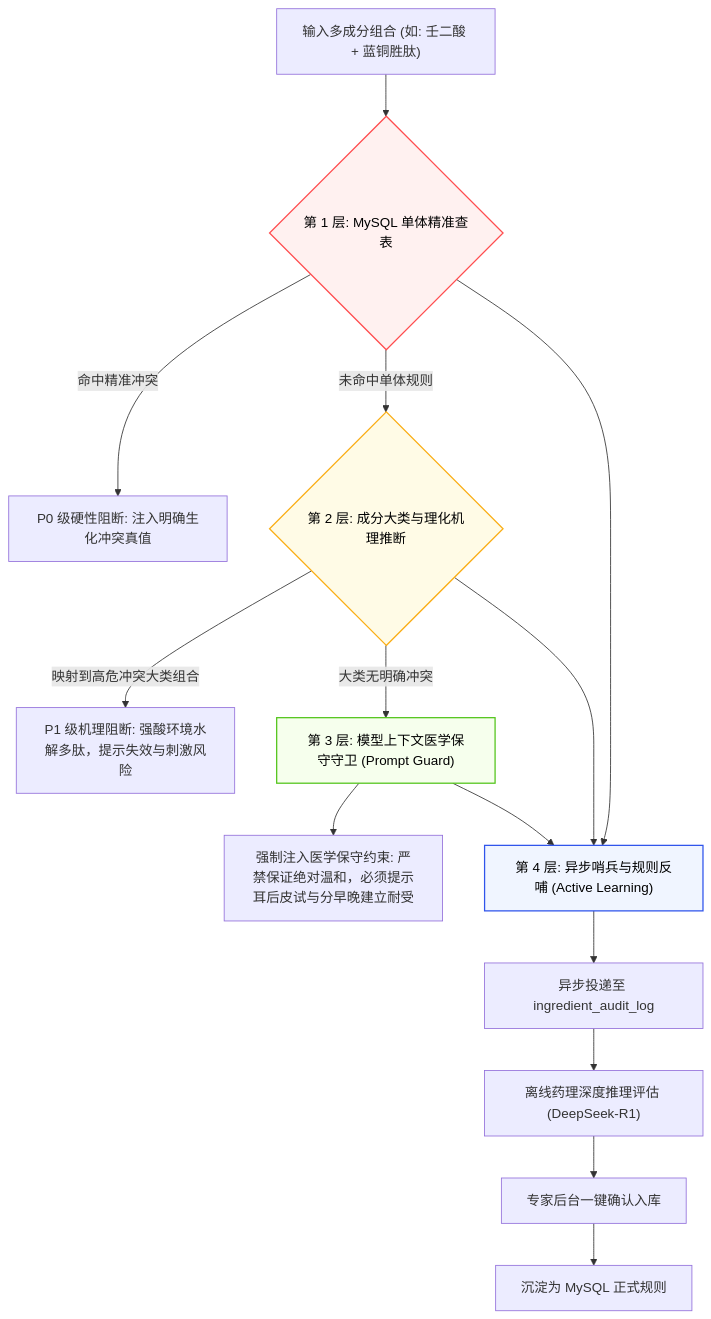
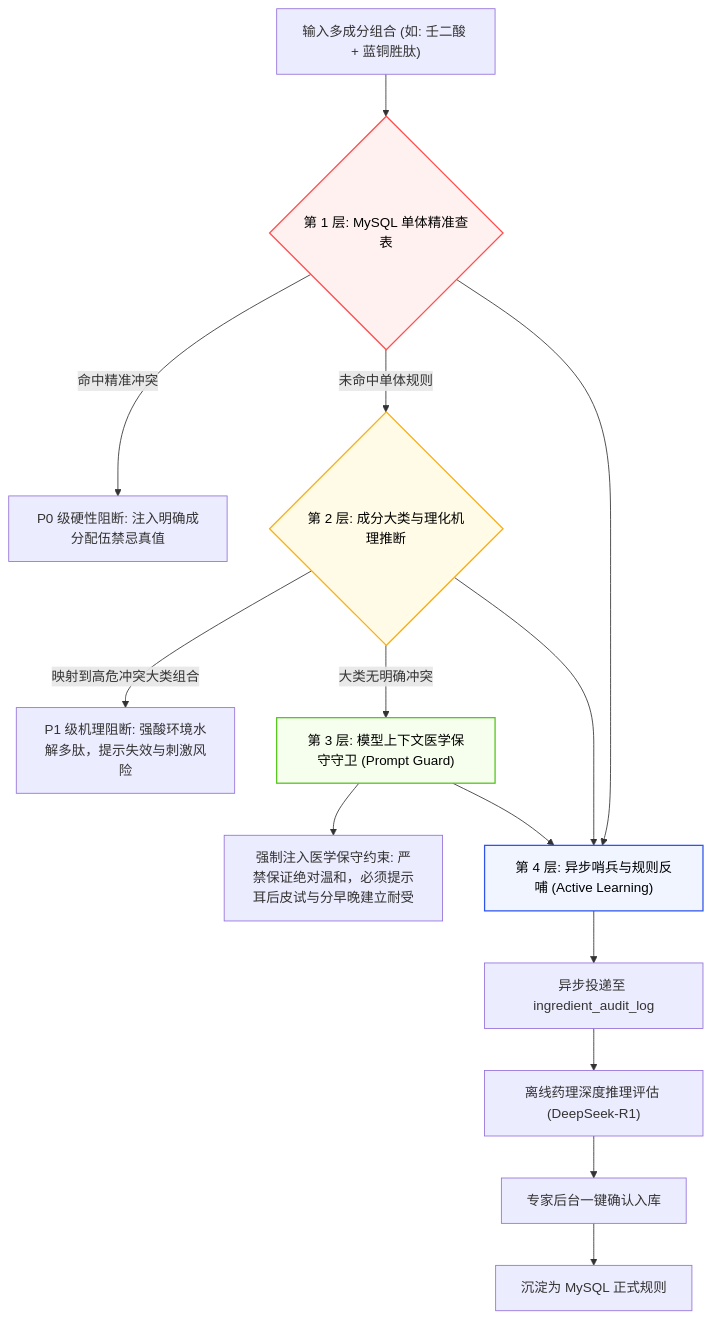
The third of 3 diagrams in docs/03_系统架构与技术落地方案.md (happypig1224/nuonuo-agent), drawn with Mermaid before and after one commit. The commit also changed other lines of this file and 3 other files, not shown here.

Commit message:
docs: refactor README and purge non-standard terms per PM and architect standards

````diff
--- a/docs/03_系统架构与技术落地方案.md
+++ b/docs/03_系统架构与技术落地方案.md
@@ -540,23 +540,23 @@
 ```mermaid
 flowchart TD
     classDef l1Style fill:#fff1f0,stroke:#ff4d4f,stroke-width:1.5px,color:#000;
     classDef l2Style fill:#fffbe6,stroke:#faad14,stroke-width:1.5px,color:#000;
     classDef l3Style fill:#f6ffed,stroke:#52c41a,stroke-width:1.5px,color:#000;
     classDef l4Style fill:#f0f5ff,stroke:#2f54eb,stroke-width:1.5px,color:#000;
 
     Input["输入多成分组合 (如: 壬二酸 + 蓝铜胜肽)"] --> L1{"第 1 层: MySQL 单体精准查表"}:::l1Style
     
-    L1 -->|命中精准冲突| Block1["P0 级硬性阻断: 注入明确生化冲突真值"]
+    L1 -->|命中精准冲突| Block1["P0 级硬性阻断: 注入明确成分配伍禁忌真值"]
     L1 -->|未命中单体规则| L2{"第 2 层: 成分大类与理化机理推断"}:::l2Style
     
     L2 -->|映射到高危冲突大类组合| Block2["P1 级机理阻断: 强酸环境水解多肽，提示失效与刺激风险"]
     L2 -->|大类无明确冲突| L3["第 3 层: 模型上下文医学保守守卫 (Prompt Guard)"]:::l3Style
     
     L3 --> SafePrompt["强制注入医学保守约束: 严禁保证绝对温和，必须提示耳后皮试与分早晚建立耐受"]
     
     L1 & L2 & L3 --> L4["第 4 层: 异步哨兵与规则反哺 (Active Learning)"]:::l4Style
     L4 --> MQ["异步投递至 ingredient_audit_log"]
     MQ --> OfflineLLM["离线药理深度推理评估 (DeepSeek-R1)"]
     OfflineLLM --> ExpertReview["专家后台一键确认入库"]
     ExpertReview --> AutoRule["沉淀为 MySQL 正式规则"]
 ```
````
